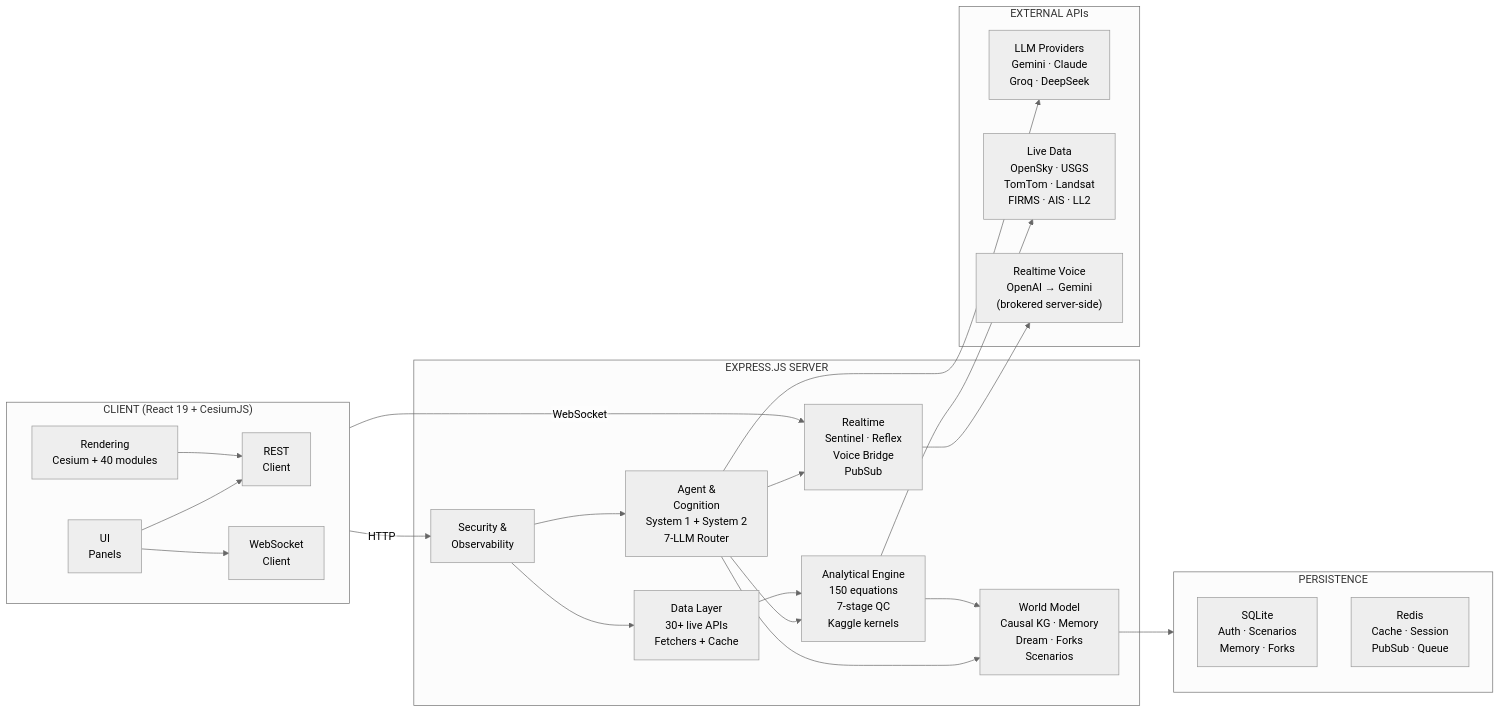
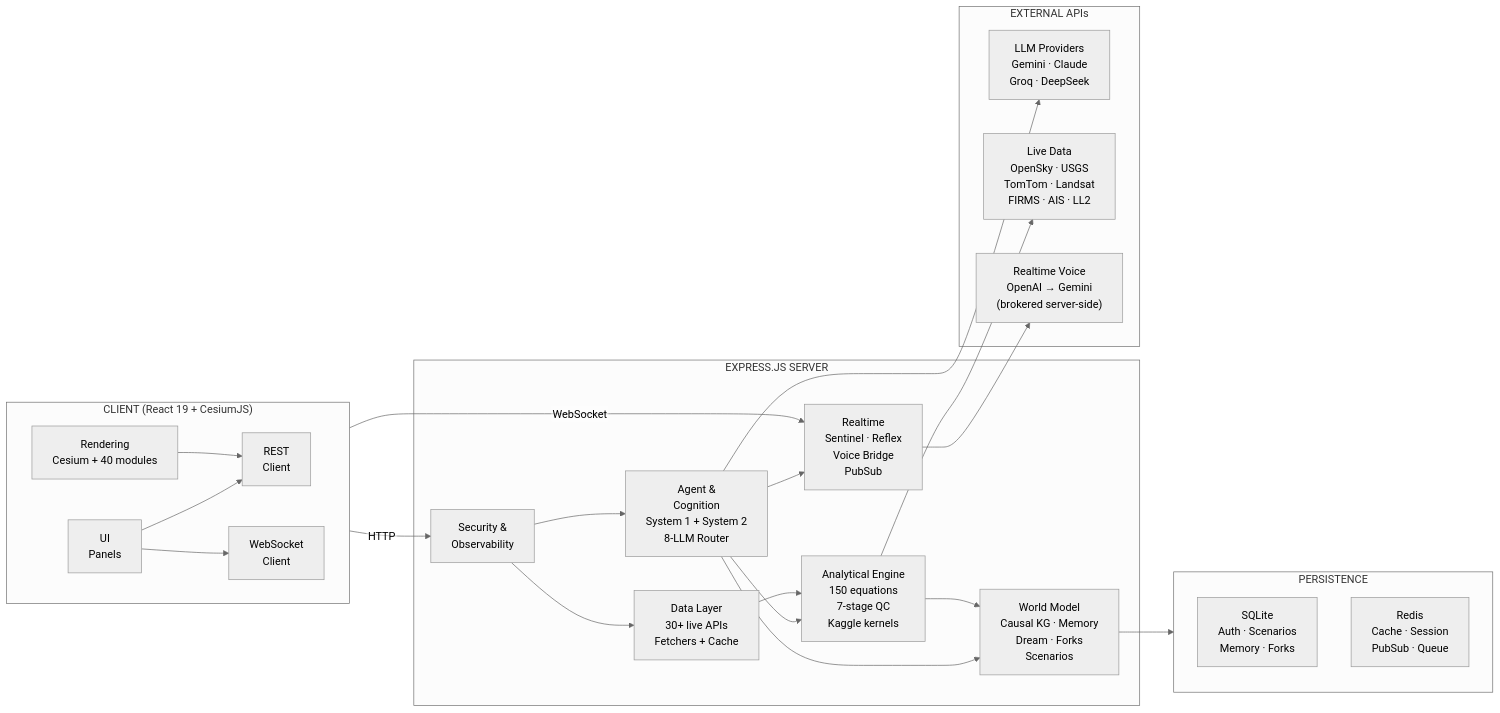
The first of 3 diagrams in docs/ARCHITECTURE.md (sreyassanker/Terranoetis), drawn with Mermaid before and after one commit. The commit also changed other lines of this file and 35 other files, not shown here.

First line of the commit message:
feat: model selector, smart study-area flow, worldwide timezone, plugin enable/disable + docs refresh

````diff
--- a/docs/ARCHITECTURE.md
+++ b/docs/ARCHITECTURE.md
@@ -27,48 +27,48 @@
 ```mermaid
 %%{init: {'theme': 'neutral', 'flowchart': {'htmlLabels': false}}}%%
 flowchart LR
     subgraph CLIENT["CLIENT (React 19 + CesiumJS)"]
         direction LR
         UI["UI\nPanels"]
         Render["Rendering\nCesium + 40 modules"]
         WS["WebSocket\nClient"]
         API["REST\nClient"]
         UI --> API
         Render --> API
         UI --> WS
     end
 
     subgraph SERVER["EXPRESS.JS SERVER"]
         Security["Security &\nObservability"]
-        Agents["Agent &\nCognition\nSystem 1 + System 2\n7-LLM Router"]
+        Agents["Agent &\nCognition\nSystem 1 + System 2\n8-LLM Router"]
         Engine["Analytical Engine\n150 equations\n7-stage QC\nKaggle kernels"]
         Data["Data Layer\n30+ live APIs\nFetchers + Cache"]
         Realtime["Realtime\nSentinel · Reflex\nVoice Bridge\nPubSub"]
         Services["World Model\nCausal KG · Memory\nDream · Forks\nScenarios"]
         Security --> Agents
         Security --> Data
         Agents --> Engine
         Data --> Engine
         Agents --> Realtime
         Agents --> Services
         Engine --> Services
     end
 
     subgraph STORAGE["PERSISTENCE"]
         SQLite["SQLite\nAuth · Scenarios\nMemory · Forks"]
         Redis["Redis\nCache · Session\nPubSub · Queue"]
     end
 
     subgraph EXTERNAL["EXTERNAL APIs"]
         LLM["LLM Providers\nGemini · Claude\nGroq · DeepSeek"]
         Live["Live Data\nOpenSky · USGS\nTomTom · Landsat\nFIRMS · AIS · LL2"]
         Voice["Realtime Voice\nOpenAI → Gemini\n(brokered server-side)"]
     end
 
     CLIENT -->|HTTP| Security
     CLIENT -->|WebSocket| Realtime
     Services --> STORAGE
     Engine --> Live
     Agents --> LLM
     Realtime --> Voice
 ```
````
